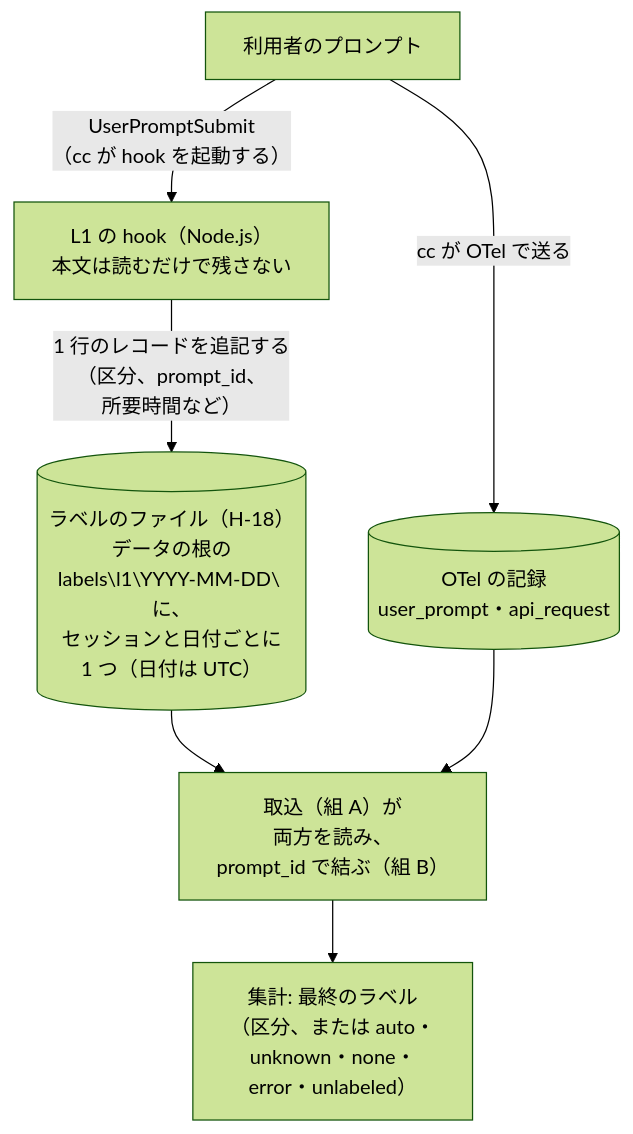
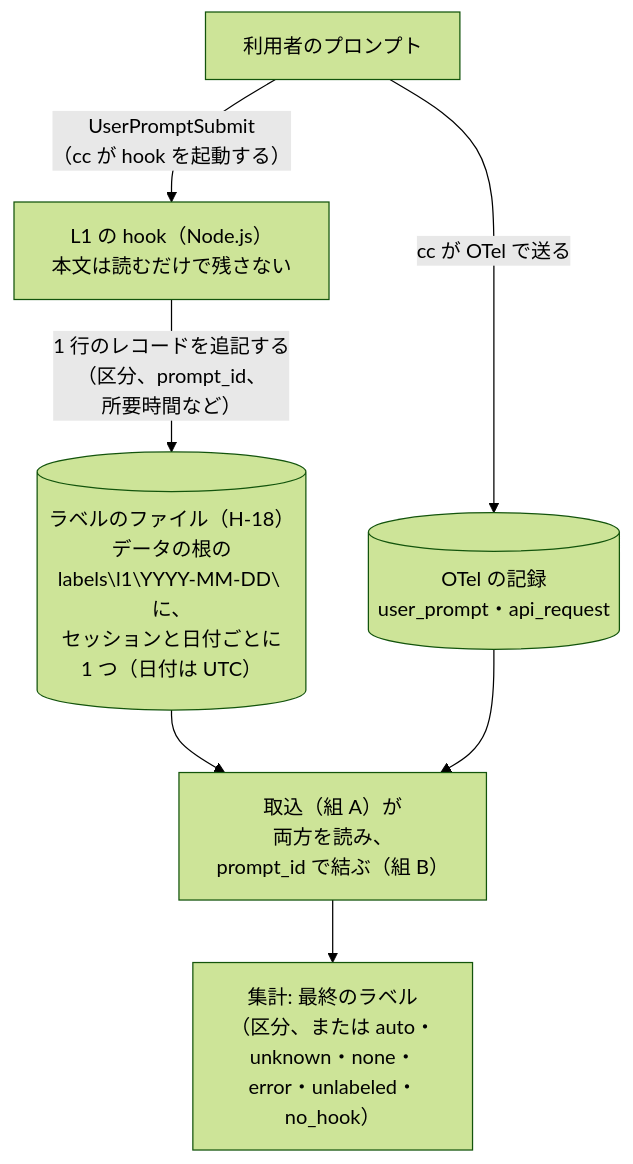
One commit to empty-can/research-by-cc changed the diagram in research-for-local-mini-otel-infra/reports/02.設計/03.作業分類タグ/設計書.md. Above: the diagram before and after it, drawn with Mermaid (forest theme). The commit also changed other lines of this file and 8 other files, not shown here.

````diff
--- a/research-for-local-mini-otel-infra/reports/02.設計/03.作業分類タグ/設計書.md
+++ b/research-for-local-mini-otel-infra/reports/02.設計/03.作業分類タグ/設計書.md
@@ -93,15 +94,15 @@
 ```mermaid
 flowchart TB
   P["利用者のプロンプト"]
   HK["L1 の hook（Node.js）<br>本文は読むだけで残さない"]
   LB[("ラベルのファイル（H-18）<br>データの根の<br>labels\l1\YYYY-MM-DD\ に、<br>セッションと日付ごとに<br>1 つ（日付は UTC）")]
   OT[("OTel の記録<br>user_prompt・api_request")]
   ING["取込（組 A）が<br>両方を読み、<br>prompt_id で結ぶ（組 B）"]
-  AG["集計: 最終のラベル<br>（区分、または auto・<br>unknown・none・<br>error・unlabeled）"]
+  AG["集計: 最終のラベル<br>（区分、または auto・<br>unknown・none・<br>error・unlabeled・<br>no_hook）"]
   P -- "UserPromptSubmit<br>（cc が hook を起動する）" --> HK
   HK -- "1 行のレコードを追記する<br>（区分、prompt_id、<br>所要時間など）" --> LB
   P -- "cc が OTel で送る" --> OT
   LB --> ING
   OT --> ING
   ING --> AG
 ```
````
